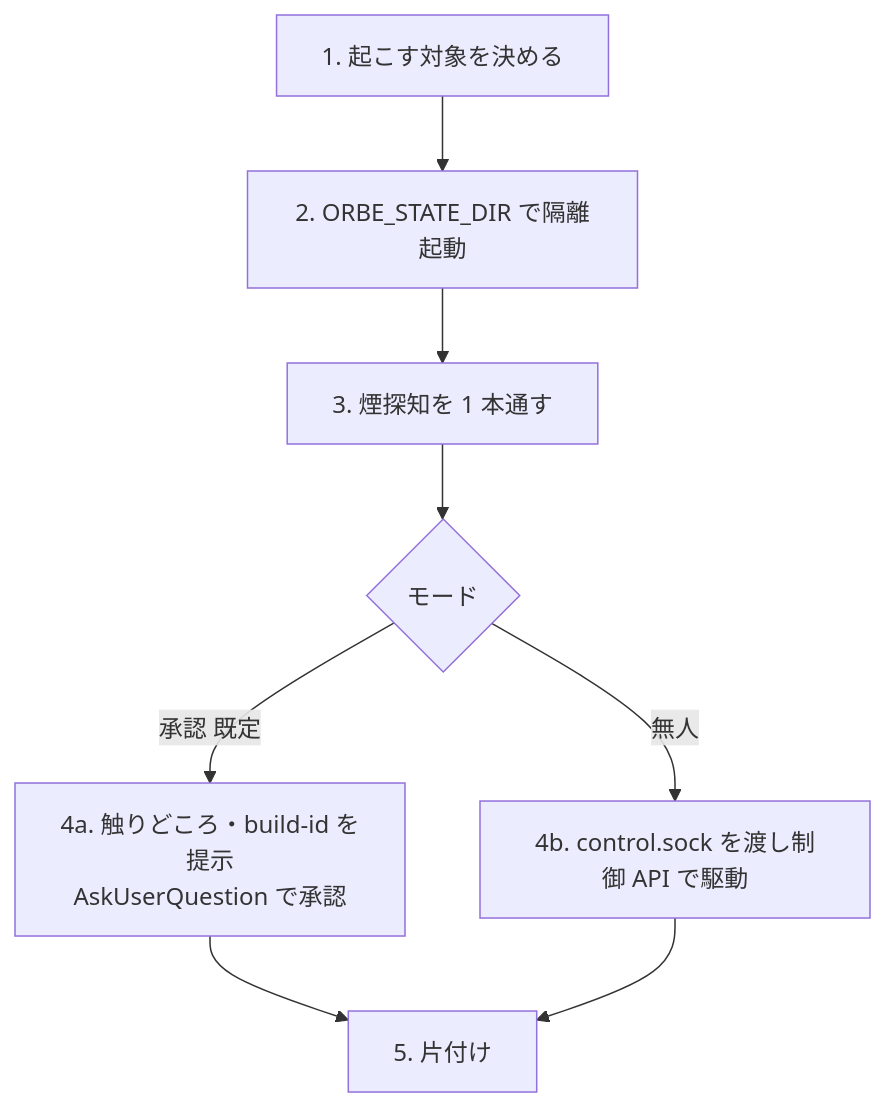
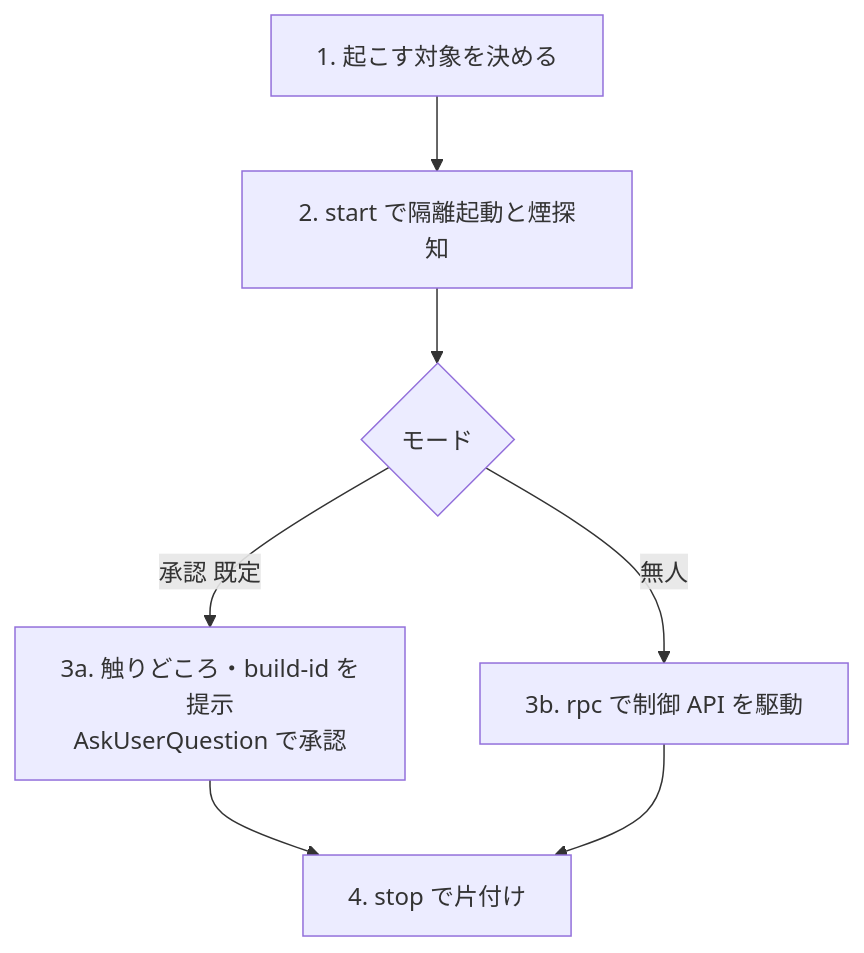
The diagram in .claude/skills/sandbox-run/SKILL.md (nakashima-takeo/orbe), drawn with Mermaid before and after one commit. The commit also changed other lines of this file and 4 other files, not shown here.

````diff
--- a/.claude/skills/sandbox-run/SKILL.md
+++ b/.claude/skills/sandbox-run/SKILL.md
@@ -23,10 +22,9 @@
 ```mermaid
 flowchart TD
-    A[1. 起こす対象を決める] --> B[2. ORBE_STATE_DIR で隔離起動]
-    B --> S[3. 煙探知を 1 本通す]
-    S --> M{モード}
-    M -->|承認 既定| C[4a. 触りどころ・build-id を提示<br/>AskUserQuestion で承認]
-    M -->|無人| D[4b. control.sock を渡し制御 API で駆動]
-    C --> E[5. 片付け]
+    A[1. 起こす対象を決める] --> B[2. start で隔離起動と煙探知]
+    B --> M{モード}
+    M -->|承認 既定| C[3a. 触りどころ・build-id を提示<br/>AskUserQuestion で承認]
+    M -->|無人| D[3b. rpc で制御 API を駆動]
+    C --> E[4. stop で片付け]
     D --> E
 ```
````
